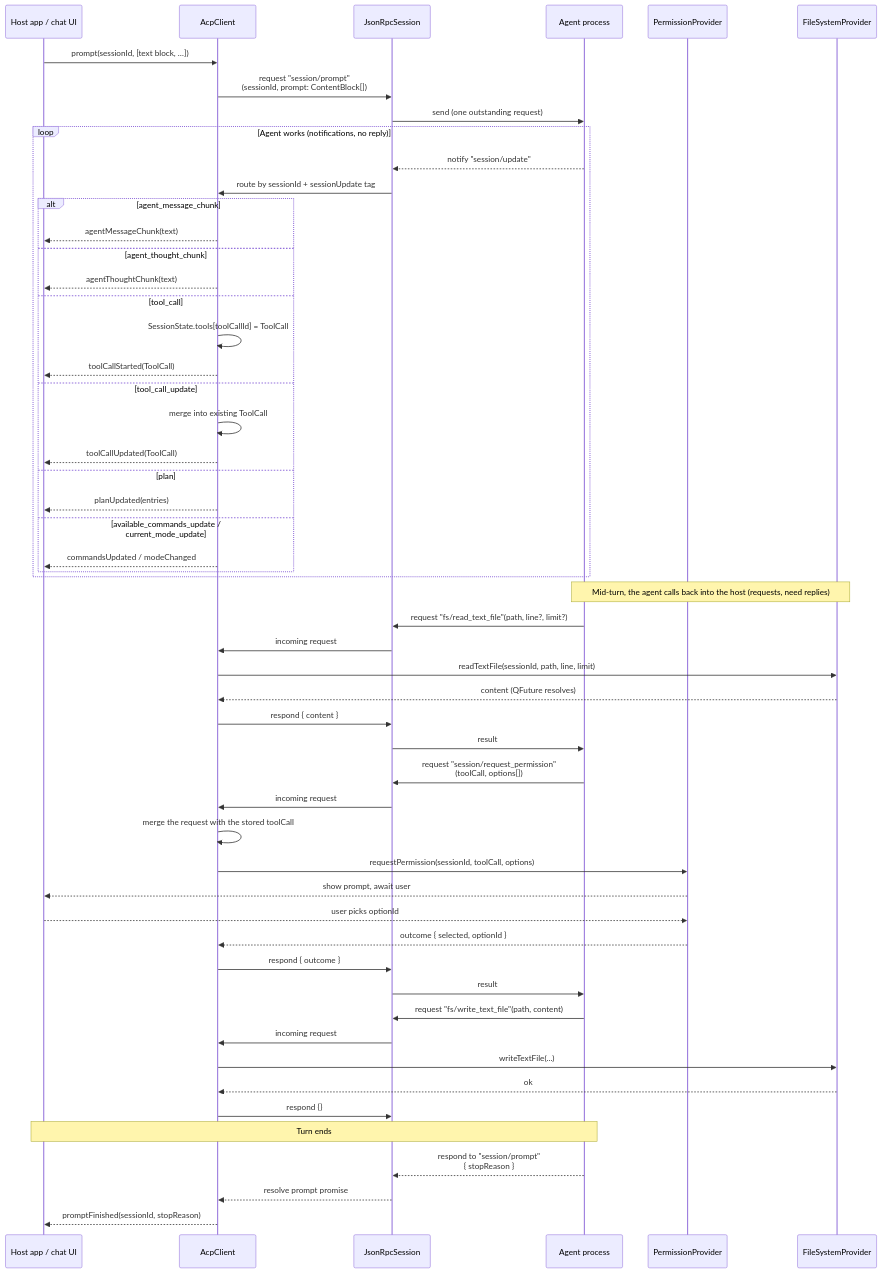
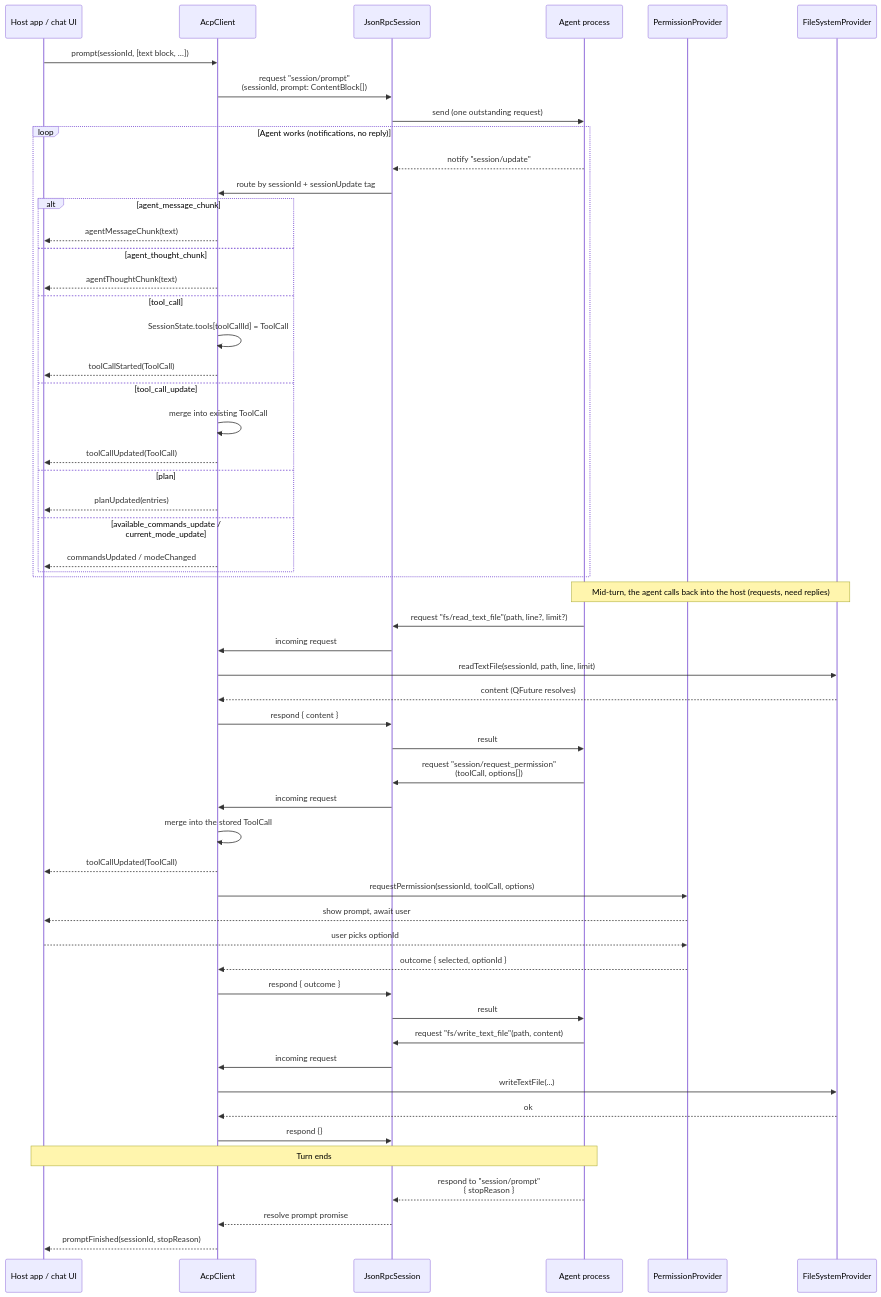
The first of 2 diagrams in docs/acp/architecture/prompt-turn.md (Palm1r/llmqore), drawn with Mermaid before and after one commit. The commit also changed other lines of this file and 7 other files, not shown here.

First line of the commit message:
fix: merge permission requests with the stored tool call

````diff
--- a/docs/acp/architecture/prompt-turn.md
+++ b/docs/acp/architecture/prompt-turn.md
@@ -9,62 +9,63 @@
 ```mermaid
 sequenceDiagram
     participant App as Host app / chat UI
     participant AC as AcpClient
     participant JS as JsonRpcSession
     participant EA as Agent process
     participant PP as PermissionProvider
     participant FSP as FileSystemProvider
 
     App->>AC: prompt(sessionId, [text block, …])
     AC->>JS: request "session/prompt"<br/>(sessionId, prompt: ContentBlock[])
     JS->>EA: send (one outstanding request)
 
     loop Agent works (notifications, no reply)
         EA-->>JS: notify "session/update"
         JS->>AC: route by sessionId + sessionUpdate tag
         alt agent_message_chunk
             AC-->>App: agentMessageChunk(text)
         else agent_thought_chunk
             AC-->>App: agentThoughtChunk(text)
         else tool_call
             AC->>AC: SessionState.tools[toolCallId] = ToolCall
             AC-->>App: toolCallStarted(ToolCall)
         else tool_call_update
             AC->>AC: merge into existing ToolCall
             AC-->>App: toolCallUpdated(ToolCall)
         else plan
             AC-->>App: planUpdated(entries)
         else available_commands_update / current_mode_update
             AC-->>App: commandsUpdated / modeChanged
         end
     end
 
     Note over EA,FSP: Mid-turn, the agent calls back into the host (requests, need replies)
     EA->>JS: request "fs/read_text_file"(path, line?, limit?)
     JS->>AC: incoming request
     AC->>FSP: readTextFile(sessionId, path, line, limit)
     FSP-->>AC: content (QFuture resolves)
     AC->>JS: respond { content }
     JS->>EA: result
 
     EA->>JS: request "session/request_permission"<br/>(toolCall, options[])
     JS->>AC: incoming request
-    AC->>AC: merge the request with the stored toolCall
+    AC->>AC: merge into the stored ToolCall
+    AC-->>App: toolCallUpdated(ToolCall)
     AC->>PP: requestPermission(sessionId, toolCall, options)
     PP-->>App: show prompt, await user
     App-->>PP: user picks optionId
     PP-->>AC: outcome { selected, optionId }
     AC->>JS: respond { outcome }
     JS->>EA: result
 
     EA->>JS: request "fs/write_text_file"(path, content)
     JS->>AC: incoming request
     AC->>FSP: writeTextFile(...)
     FSP-->>AC: ok
     AC->>JS: respond {}
 
     Note over EA,App: Turn ends
     EA-->>JS: respond to "session/prompt"<br/>{ stopReason }
     JS-->>AC: resolve prompt promise
     AC-->>App: promptFinished(sessionId, stopReason)
 ```
````
